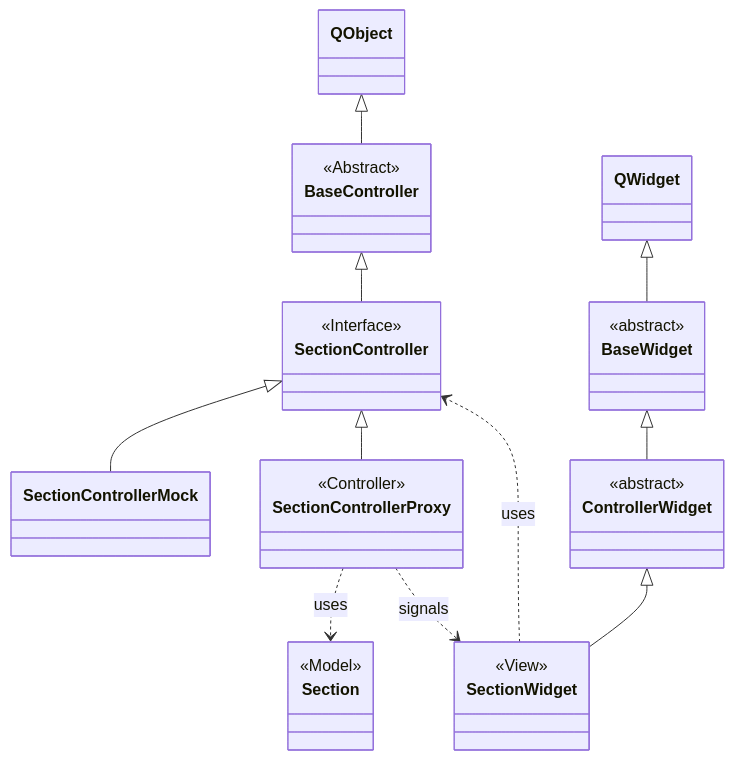
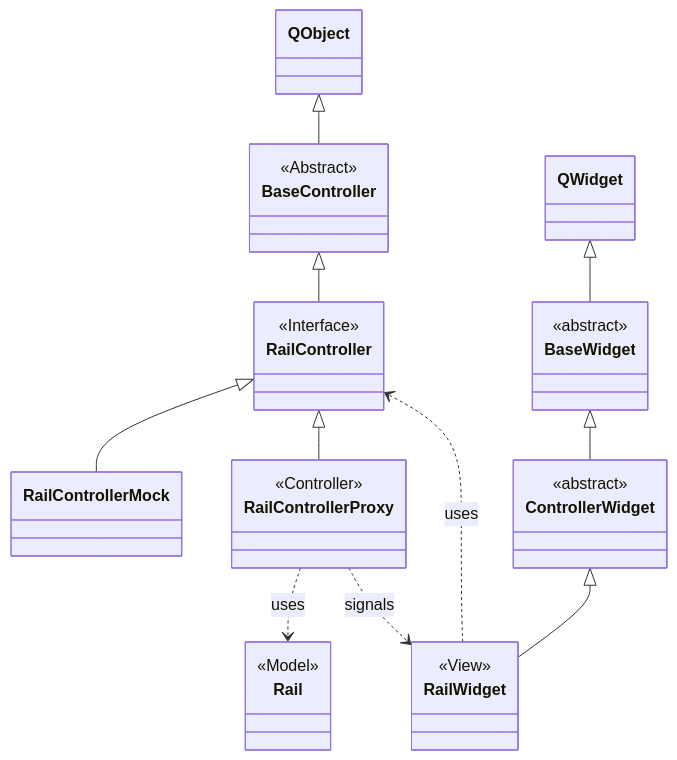
One commit to stmork/mrw-track-control-ng changed the second of 2 diagrams in ui/README.md. Above: the diagram before and after it, drawn with Mermaid. The commit also changed other lines of this file and 9 other files, not shown here.

````diff
--- a/ui/README.md
+++ b/ui/README.md
@@ -42,38 +42,38 @@
 ```mermaid
 classDiagram
 
 class BaseController
 <<Abstract>> BaseController
 
-class SectionController
-<<Interface>> SectionController
+class RailController
+<<Interface>> RailController
 
-class SectionControllerProxy
-<<Controller>> SectionControllerProxy
+class RailControllerProxy
+<<Controller>> RailControllerProxy
 
 class BaseWidget
 <<abstract>> BaseWidget
 
 class ControllerWidget
 <<abstract>> ControllerWidget
 
-class SectionWidget
-<<View>> SectionWidget
+class RailWidget
+<<View>> RailWidget
 
-class Section
-<<Model>> Section
+class Rail
+<<Model>> Rail
 
 QObject <|-- BaseController
-BaseController <|-- SectionController
+BaseController <|-- RailController
 BaseWidget <|-- ControllerWidget
-ControllerWidget <|-- SectionWidget
+ControllerWidget <|-- RailWidget
 
 QWidget <|-- BaseWidget
-SectionWidget ..> SectionController : uses
-SectionControllerProxy ..> Section : uses
-SectionControllerProxy ..> SectionWidget : signals
+RailWidget ..> RailController : uses
+RailControllerProxy ..> Rail : uses
+RailControllerProxy ..> RailWidget : signals
 
-SectionController <|-- SectionControllerMock
-SectionController <|-- SectionControllerProxy
+RailController <|-- RailControllerMock
+RailController <|-- RailControllerProxy
 
 ```
````
